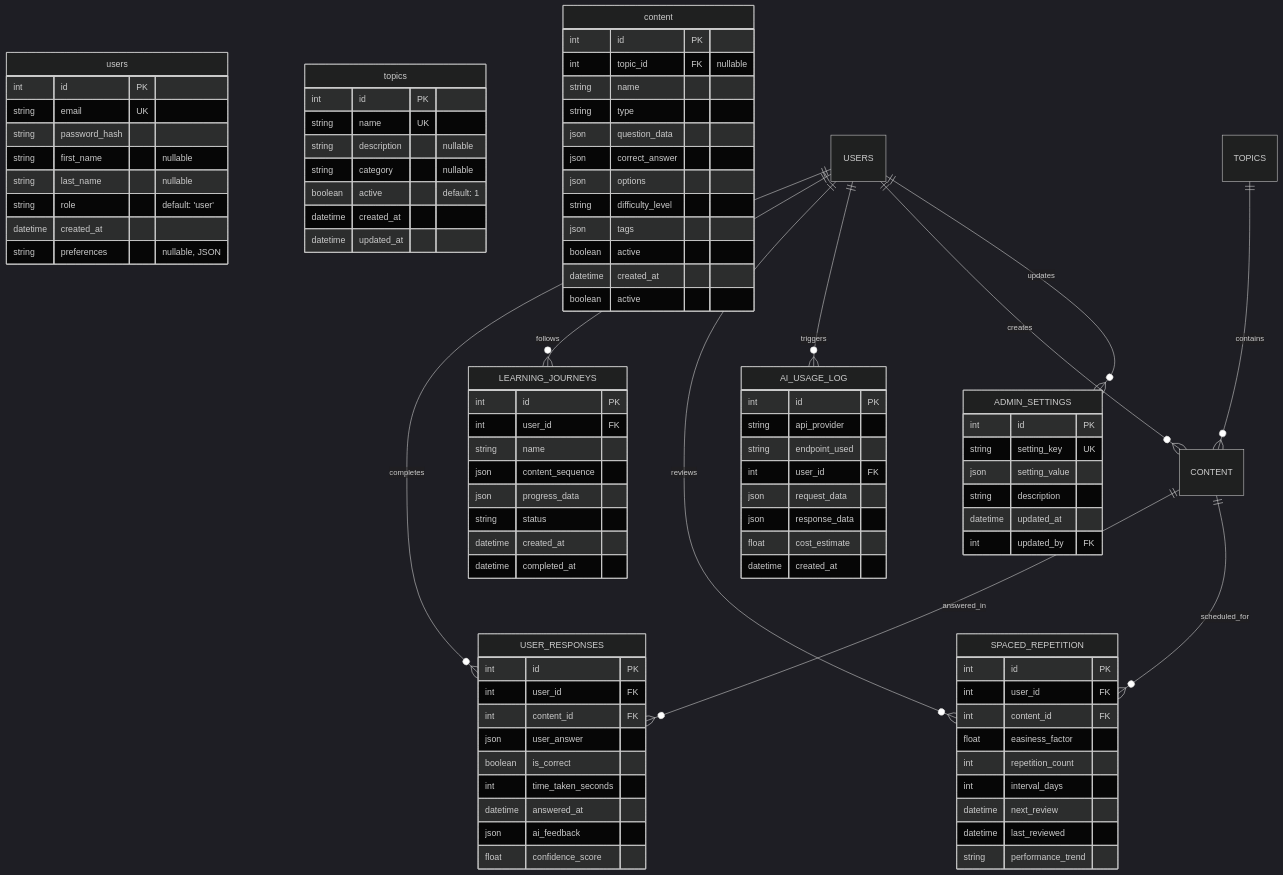
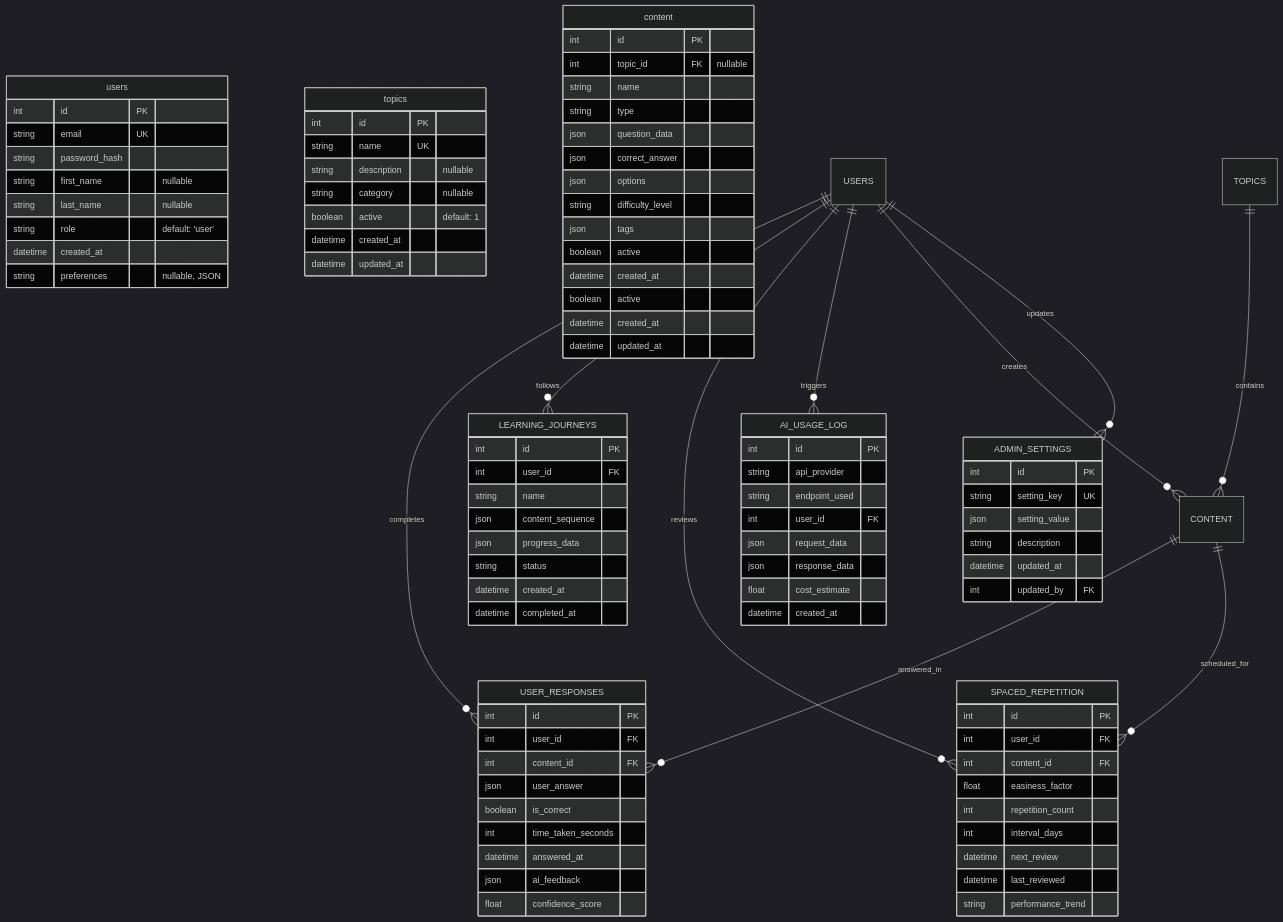
The diagram in docs/development_docs/database_schema.mermaid (niklas-joh/french-learning-platform), drawn with Mermaid (dark theme) before and after one commit.

Commit message:
docs(schema): Align ERD with current migrations (#20)
Corrects TOPICS and CONTENT table diagrams to match the actual schema in the migration files.
- Removes non-existent 'metadata' and 'created_by' fields.
- Adds missing 'updated_at' timestamps.

```diff
--- a/docs/development_docs/database_schema.mermaid
+++ b/docs/development_docs/database_schema.mermaid
@@ -1,101 +1,103 @@
 erDiagram
     users {
         int id PK
         string email UK
         string password_hash
         string first_name "nullable"
         string last_name "nullable"
         string role "default: 'user'"
         datetime created_at
         string preferences "nullable, JSON"
     }
 
     topics {
         int id PK
         string name UK
         string description "nullable"
         string category "nullable"
         boolean active "default: 1"
         datetime created_at
         datetime updated_at
     }
 
     content {
         int id PK
         int topic_id FK "nullable"
         string name
         string type
         json question_data
         json correct_answer
         json options
         string difficulty_level
         json tags
         boolean active
         datetime created_at
         boolean active
+        datetime created_at
+        datetime updated_at
     }
 
     USER_RESPONSES {
         int id PK
         int user_id FK
         int content_id FK
         json user_answer
         boolean is_correct
         int time_taken_seconds
         datetime answered_at
         json ai_feedback
         float confidence_score
     }
 
     LEARNING_JOURNEYS {
         int id PK
         int user_id FK
         string name
         json content_sequence
         json progress_data
         string status
         datetime created_at
         datetime completed_at
     }
 
     SPACED_REPETITION {
         int id PK
         int user_id FK
         int content_id FK
         float easiness_factor
         int repetition_count
         int interval_days
         datetime next_review
         datetime last_reviewed
         string performance_trend
     }
 
     AI_USAGE_LOG {
         int id PK
         string api_provider
         string endpoint_used
         int user_id FK
         json request_data
         json response_data
         float cost_estimate
         datetime created_at
     }
 
     ADMIN_SETTINGS {
         int id PK
         string setting_key UK
         json setting_value
         string description
         datetime updated_at
         int updated_by FK
     }
 
     USERS ||--o{ USER_RESPONSES : "completes"
     USERS ||--o{ LEARNING_JOURNEYS : "follows"
     USERS ||--o{ SPACED_REPETITION : "reviews"
     USERS ||--o{ AI_USAGE_LOG : "triggers"
     TOPICS ||--o{ CONTENT : "contains"
     CONTENT ||--o{ USER_RESPONSES : "answered_in"
     CONTENT ||--o{ SPACED_REPETITION : "scheduled_for"
     USERS ||--o{ CONTENT : "creates"
     USERS ||--o{ ADMIN_SETTINGS : "updates"
```
